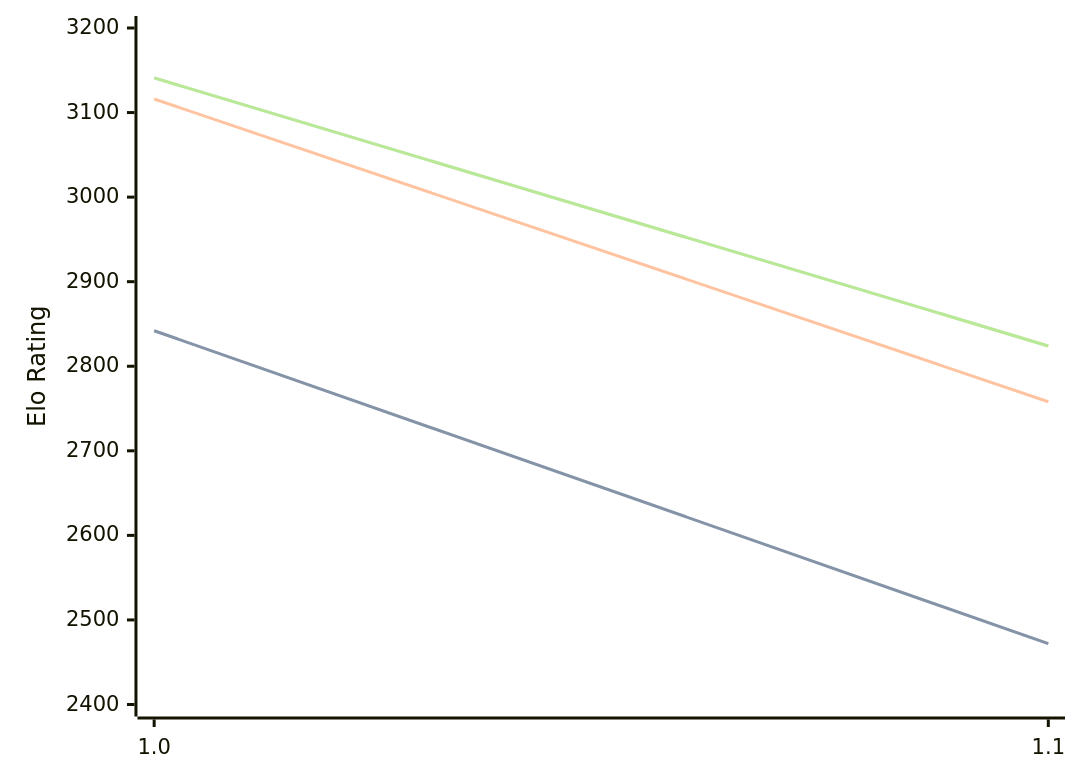
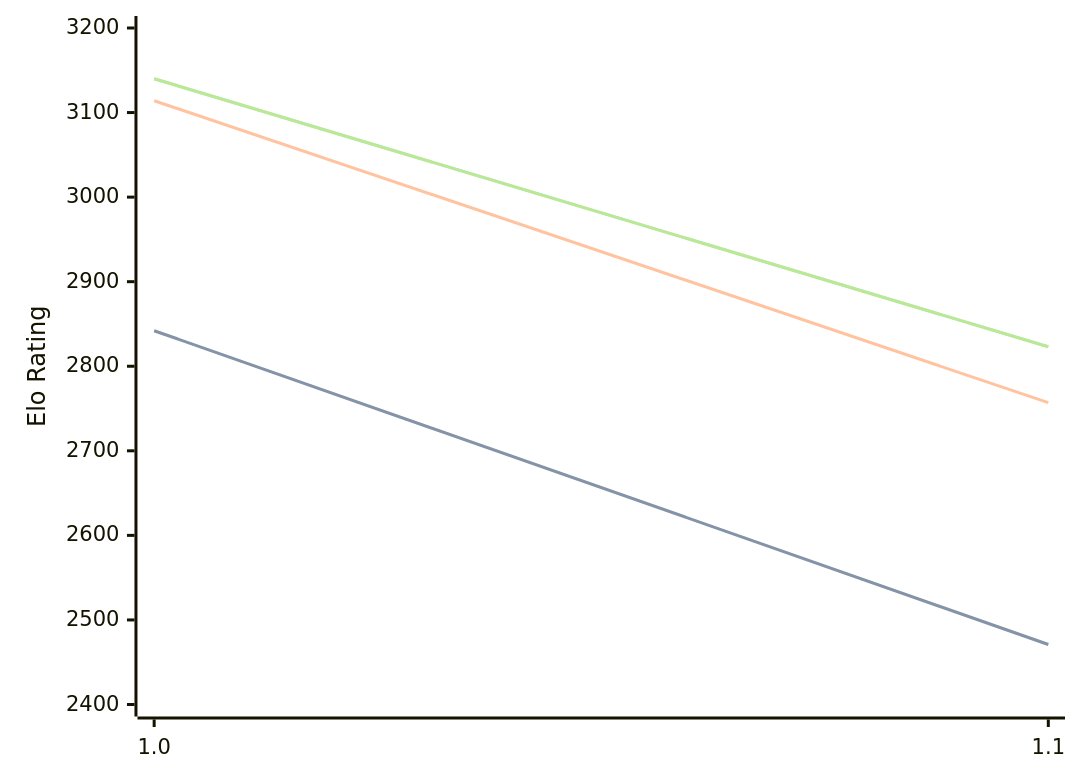
One commit to computer-chess-index/cci changed the diagram in engines/Publius.md. Above: the diagram before and after it, drawn with Mermaid. The commit also changed other lines of this file, not shown here.

Commit message:
Update CCI Ratings (ELO VLTC) - 2026-10-01

````diff
--- a/engines/Publius.md
+++ b/engines/Publius.md
@@ -32,11 +32,11 @@
 ```mermaid
 %%{init: {"theme":"base","themeVariables":{"seriesColors:['#a3a3a3','#222221','#faa371']}}}%%
 xychart-beta
   x-axis ["1.0", "1.1"]
   y-axis "Elo Rating" 2400 --> 3200
-  line "" [2842, 2472]
-  line "STC (8.0+0.08s)" [2842, 2472]
-  line "LTC (60.0+0.60s)" [3116, 2758]
-  line "" [3141, 2824]
-  line "VLTC (2m24s+1.12s)" [3141, 2824]
+  line "" [2842, 2471]
+  line "STC (8.0+0.08s)" [2842, 2471]
+  line "LTC (60.0+0.60s)" [3114, 2757]
+  line "" [3140, 2823]
+  line "VLTC (2m24s+1.12s)" [3140, 2823]
 ```
````
